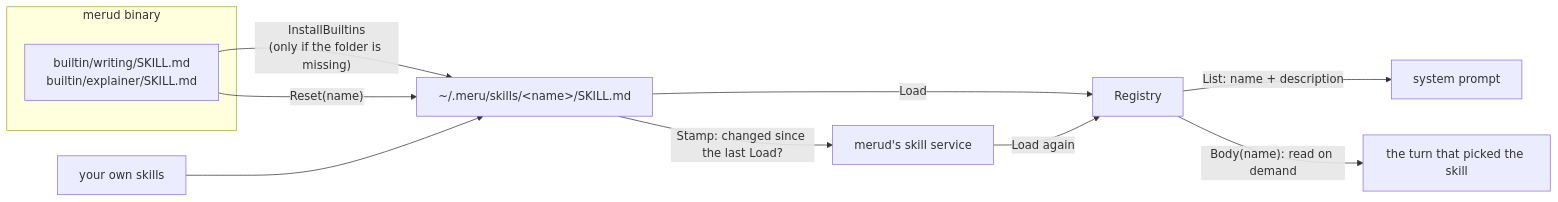
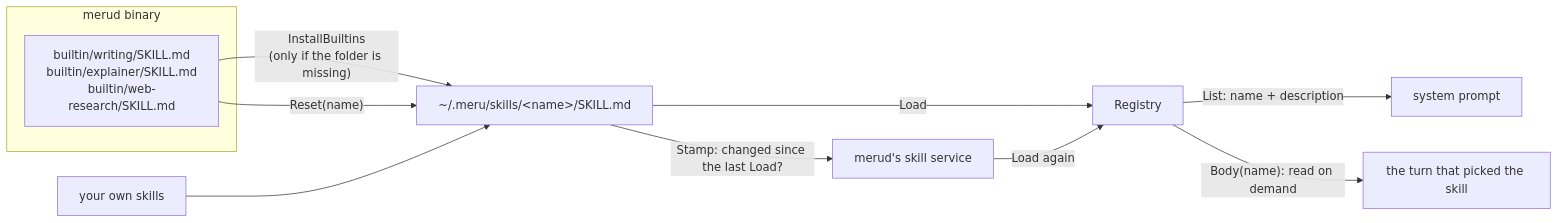
Before and after one commit to aarora79/meru: the diagram in docs/coding-notes/skills.md, drawn with Mermaid. The commit also changed other lines of this file and 42 other files, not shown here.

First line of the commit message:
web_fetch: prompt, downloads and a URL guard; web-research skill

````diff
--- a/docs/coding-notes/skills.md
+++ b/docs/coding-notes/skills.md
@@ -22,14 +22,14 @@
 ```mermaid
 flowchart LR
     subgraph binary["merud binary"]
-        embedded["builtin/writing/SKILL.md<br/>builtin/explainer/SKILL.md"]
+        embedded["builtin/writing/SKILL.md<br/>builtin/explainer/SKILL.md<br/>builtin/web-research/SKILL.md"]
     end
     embedded -- "InstallBuiltins<br/>(only if the folder is missing)" --> disk["~/.meru/skills/&lt;name&gt;/SKILL.md"]
     embedded -- "Reset(name)" --> disk
     you["your own skills"] --> disk
     disk -- "Load" --> reg["Registry"]
     reg -- "List: name + description" --> prompt["system prompt"]
     reg -- "Body(name): read on demand" --> turn["the turn that picked the skill"]
     disk -- "Stamp: changed since the last Load?" --> merud["merud's skill service"]
     merud -- "Load again" --> reg
 ```
````
